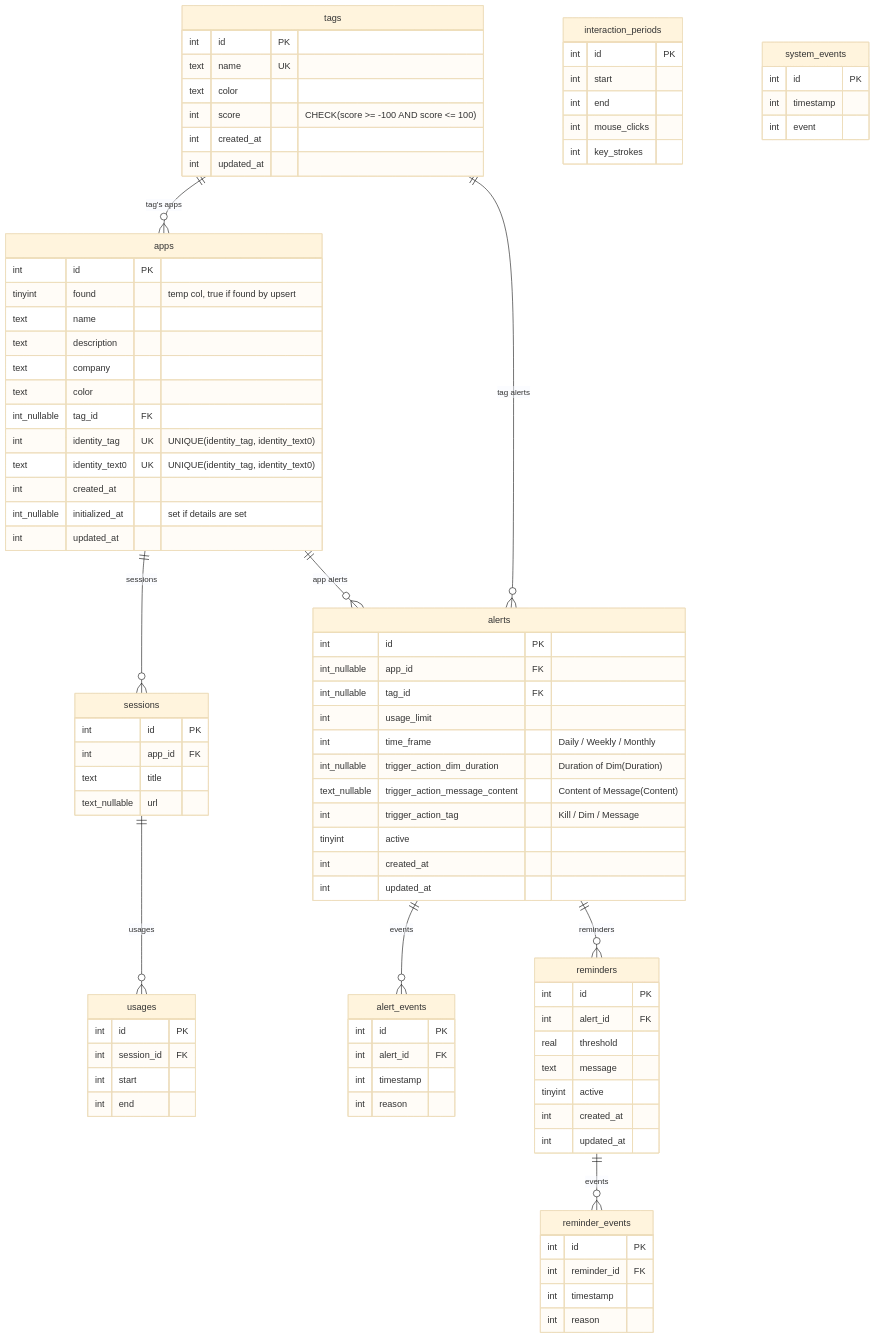
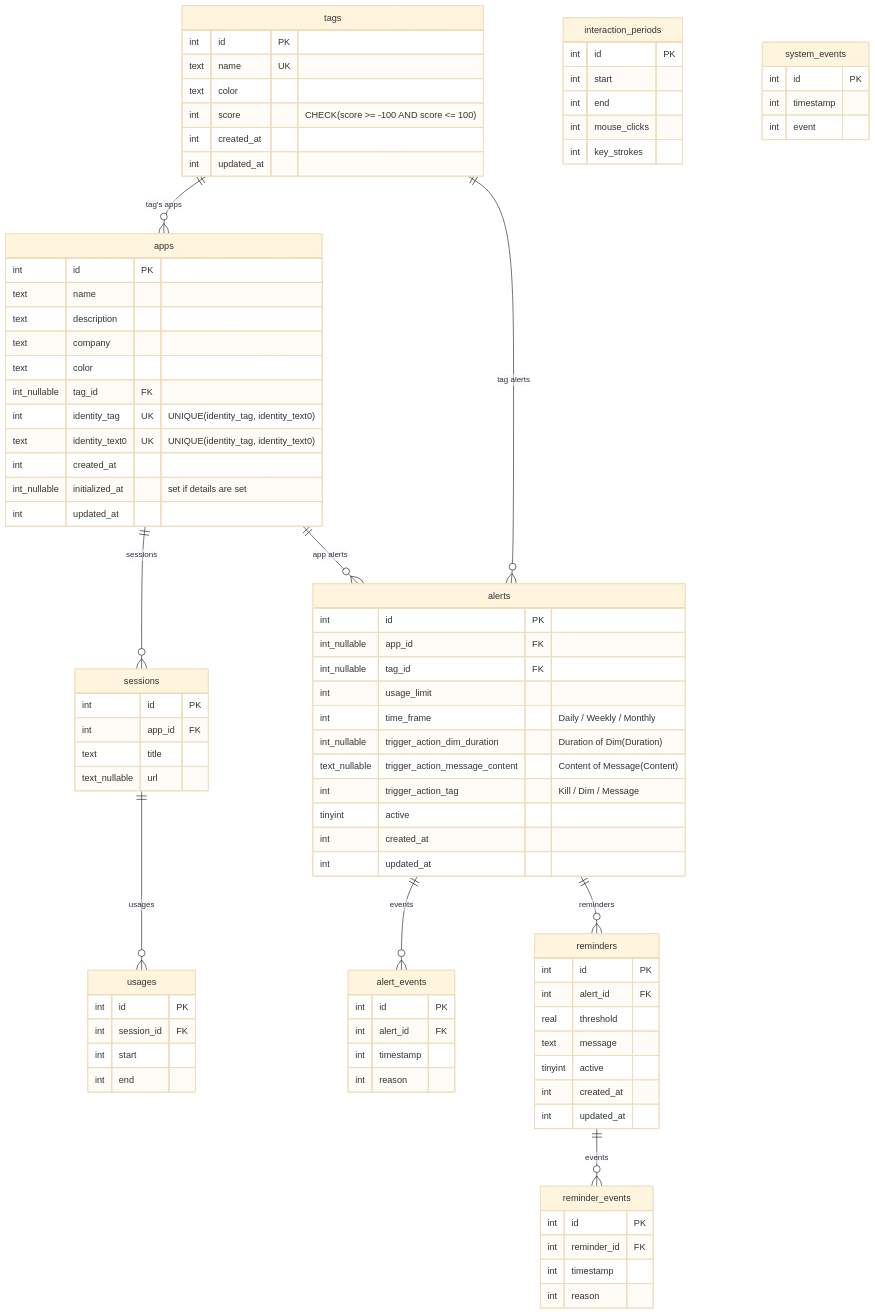
The second of 2 diagrams in docs/ARCHITECTURE.md (Enigmatrix/Cobalt), drawn with Mermaid (base theme) before and after one commit. The commit also changed other lines of this file and 1 other file, not shown here.

```diff
--- a/docs/ARCHITECTURE.md
+++ b/docs/ARCHITECTURE.md
@@ -137,7 +137,6 @@
 erDiagram
     apps {
         int             id PK
-        tinyint         found   "temp col, true if found by upsert"
         text            name
         text            description
         text            company
```
